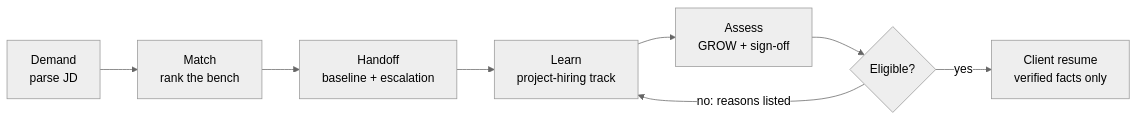
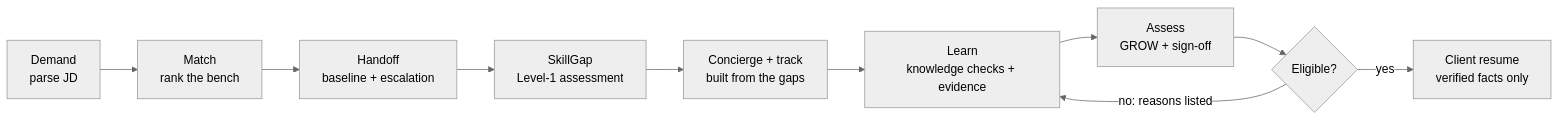
The fifth of 5 diagrams in ARCHITECTURE.md (vs554154-dotcom/capability-hub-ai), drawn with Mermaid (neutral theme) before and after one commit. The commit also changed other lines of this file and 89 other files, not shown here.

````diff
--- a/ARCHITECTURE.md
+++ b/ARCHITECTURE.md
@@ -523,10 +538,12 @@
 ```mermaid
 flowchart LR
     D["Demand<br/>parse JD"] --> M["Match<br/>rank the bench"]
     M --> H["Handoff<br/>baseline + escalation"]
-    H --> L["Learn<br/>project-hiring track"]
+    H --> S["SkillGap<br/>Level-1 assessment"]
+    S --> C["Concierge + track<br/>built from the gaps"]
+    C --> L["Learn<br/>knowledge checks + evidence"]
     L --> A["Assess<br/>GROW + sign-off"]
     A --> E{"Eligible?"}
     E -- "yes" --> R["Client resume<br/>verified facts only"]
     E -- "no: reasons listed" --> L
 ```
````
